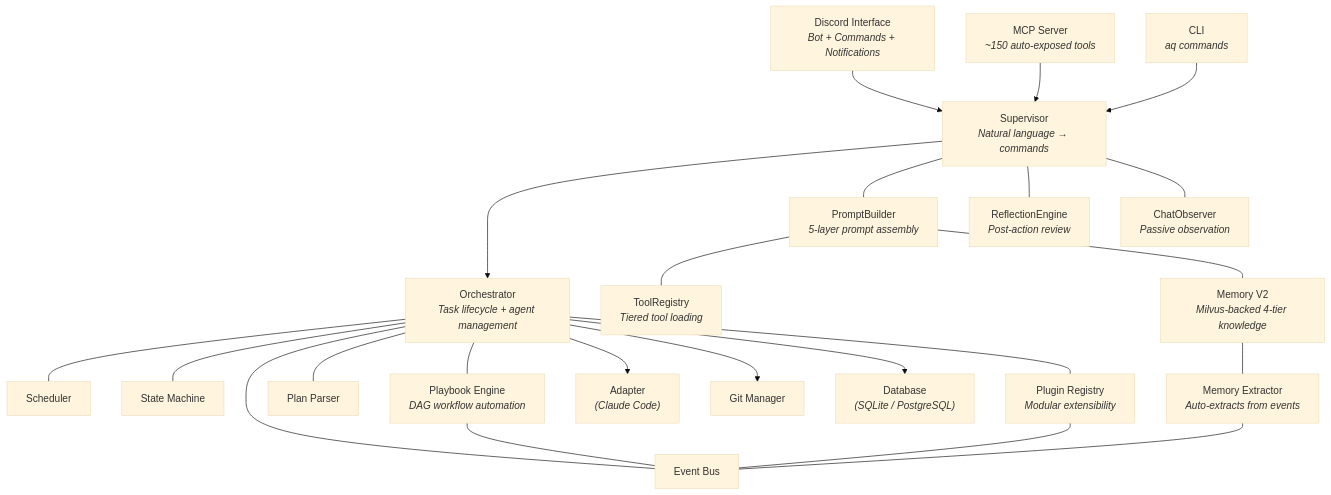
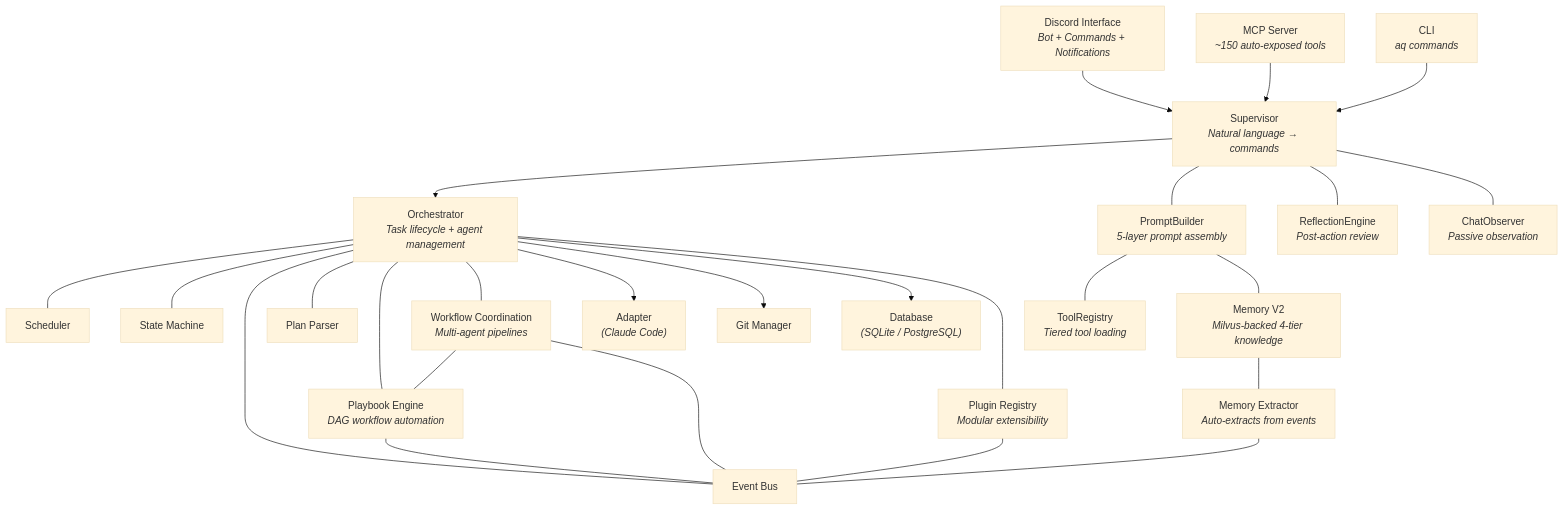
One commit to darcyle/agent-queue changed the diagram in docs/guides/architecture.md. Above: the diagram before and after it, drawn with Mermaid (base theme). The commit also changed other lines of this file and 1 other file, not shown here.

Commit message:
Add workflow coordination to architecture diagram and update tool counts

````diff
--- a/docs/guides/architecture.md
+++ b/docs/guides/architecture.md
@@ -13,45 +13,49 @@
 ```mermaid
 graph TD
     Discord["Discord Interface<br/><i>Bot + Commands + Notifications</i>"]
     MCP["MCP Server<br/><i>~150 auto-exposed tools</i>"]
     CLI["CLI<br/><i>aq commands</i>"]
     Supervisor["Supervisor<br/><i>Natural language → commands</i>"]
     PB["PromptBuilder<br/><i>5-layer prompt assembly</i>"]
     TR["ToolRegistry<br/><i>Tiered tool loading</i>"]
     Reflect["ReflectionEngine<br/><i>Post-action review</i>"]
     ChatObs["ChatObserver<br/><i>Passive observation</i>"]
     Orch["Orchestrator<br/><i>Task lifecycle + agent management</i>"]
     Sched[Scheduler]
     SM[State Machine]
     EB[Event Bus]
     PP[Plan Parser]
     Playbooks["Playbook Engine<br/><i>DAG workflow automation</i>"]
     Plugins["Plugin Registry<br/><i>Modular extensibility</i>"]
     Adapter["Adapter<br/><i>(Claude Code)</i>"]
     Git["Git Manager"]
     DB["Database<br/><i>(SQLite / PostgreSQL)</i>"]
     Memory["Memory V2<br/><i>Milvus-backed 4-tier knowledge</i>"]
     Extractor["Memory Extractor<br/><i>Auto-extracts from events</i>"]
+    Workflows["Workflow Coordination<br/><i>Multi-agent pipelines</i>"]
 
     Discord --> Supervisor --> Orch
     MCP --> Supervisor
     CLI --> Supervisor
     Supervisor --- PB
     Supervisor --- Reflect
     Supervisor --- ChatObs
     PB --- TR
     PB --- Memory
     Orch --- Sched
     Orch --- SM
     Orch --- EB
     Orch --- PP
     Orch --- Playbooks
+    Orch --- Workflows
     Orch --> Adapter
     Orch --> Git
     Orch --> DB
     Orch --- Plugins
+    Workflows --- Playbooks
+    Workflows --- EB
     Memory --- Extractor
     Extractor --- EB
     Playbooks --- EB
     Plugins --- EB
 ```
````
